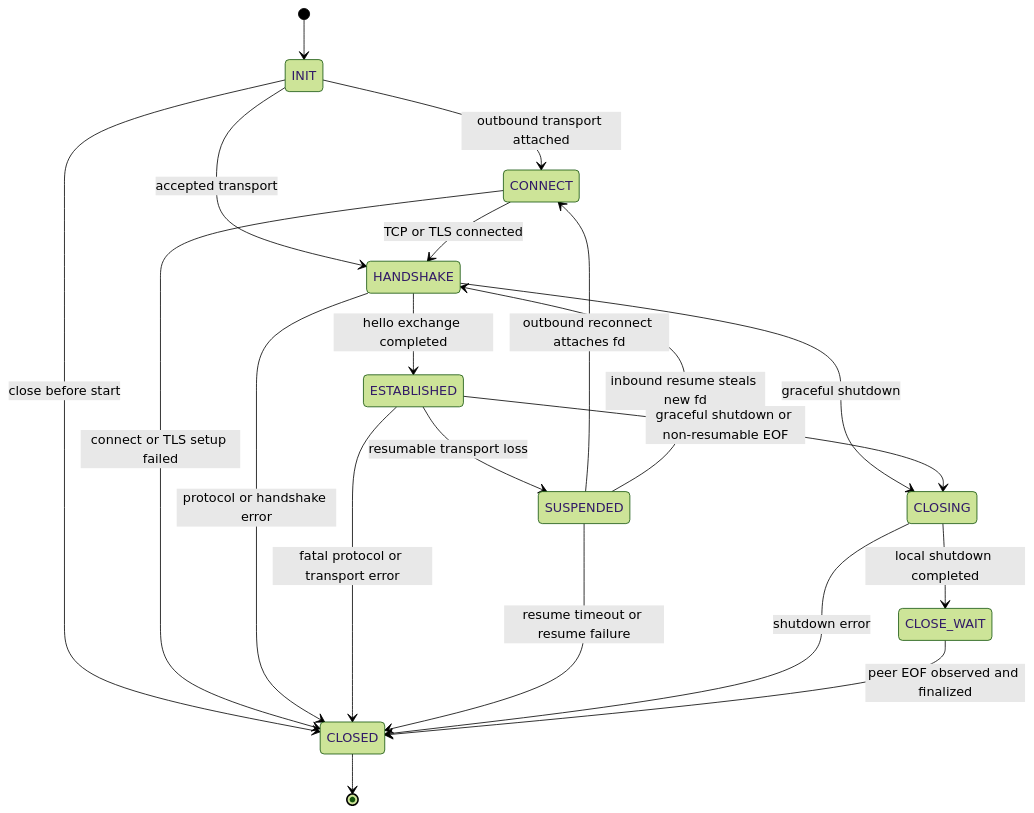
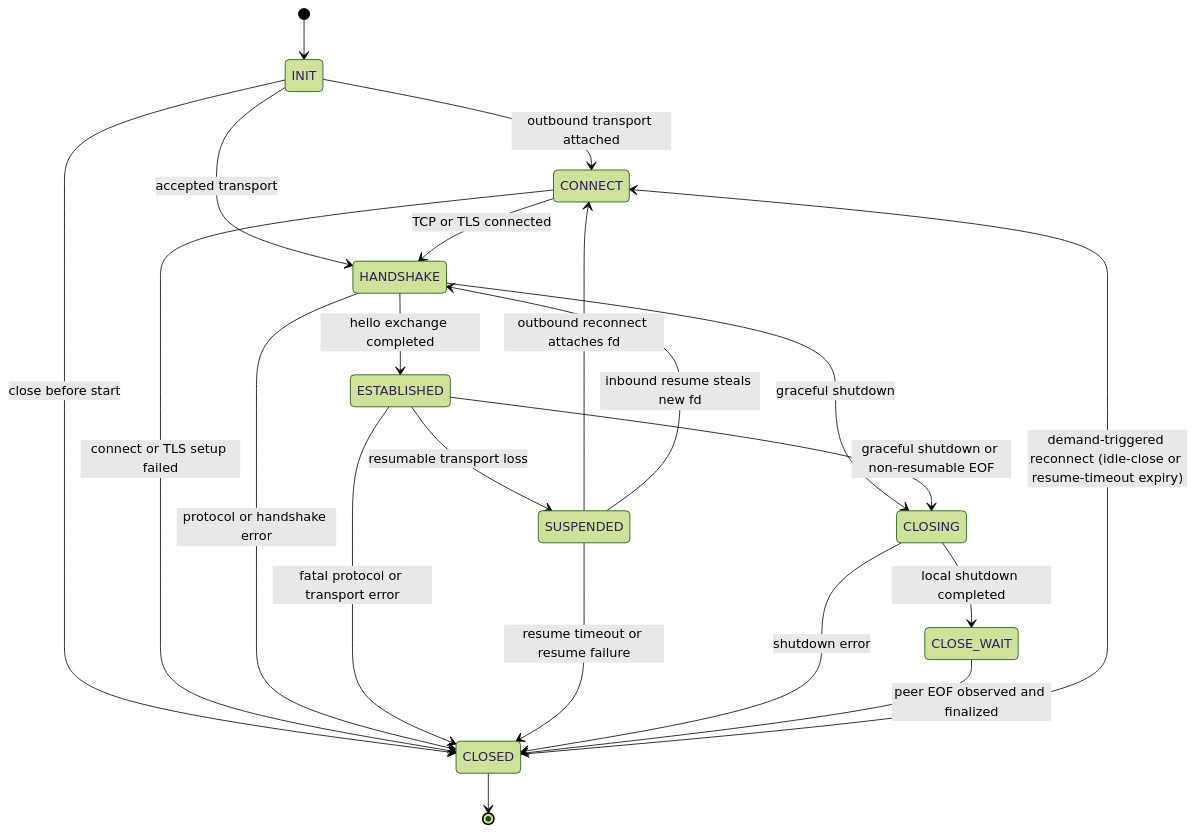
One commit to hexian000/multiplexd changed the second of 17 diagrams in doc/impl.md. Above: the diagram before and after it, drawn with Mermaid (forest theme). The commit also changed other lines of this file and 61 other files, not shown here.

````diff
--- a/doc/impl.md
+++ b/doc/impl.md
@@ -114,29 +114,31 @@
 ```mermaid
 stateDiagram-v2
   [*] --> INIT
 
   INIT --> CONNECT: outbound transport attached
   INIT --> HANDSHAKE: accepted transport
   INIT --> CLOSED: close before start
 
   CONNECT --> HANDSHAKE: TCP or TLS connected
   CONNECT --> CLOSED: connect or TLS setup failed
 
   HANDSHAKE --> ESTABLISHED: hello exchange completed
   HANDSHAKE --> CLOSING: graceful shutdown
   HANDSHAKE --> CLOSED: protocol or handshake error
 
   ESTABLISHED --> SUSPENDED: resumable transport loss
   ESTABLISHED --> CLOSING: graceful shutdown or non-resumable EOF
   ESTABLISHED --> CLOSED: fatal protocol or transport error
 
   SUSPENDED --> CONNECT: outbound reconnect attaches fd
   SUSPENDED --> HANDSHAKE: inbound resume steals new fd
   SUSPENDED --> CLOSED: resume timeout or resume failure
 
+  CLOSED --> CONNECT: demand-triggered reconnect (idle-close or resume-timeout expiry)
+
   CLOSING --> CLOSE_WAIT: local shutdown completed
   CLOSING --> CLOSED: shutdown error
 
   CLOSE_WAIT --> CLOSED: peer EOF observed and finalized
   CLOSED --> [*]
 ```
````
